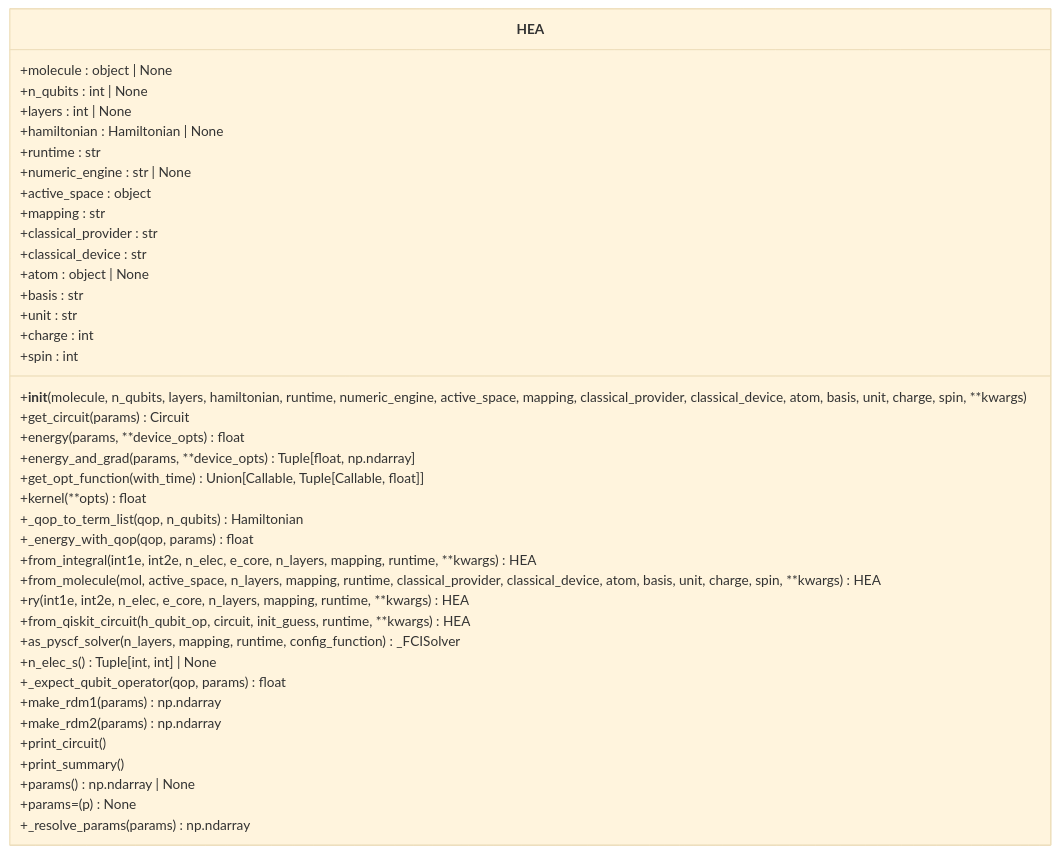
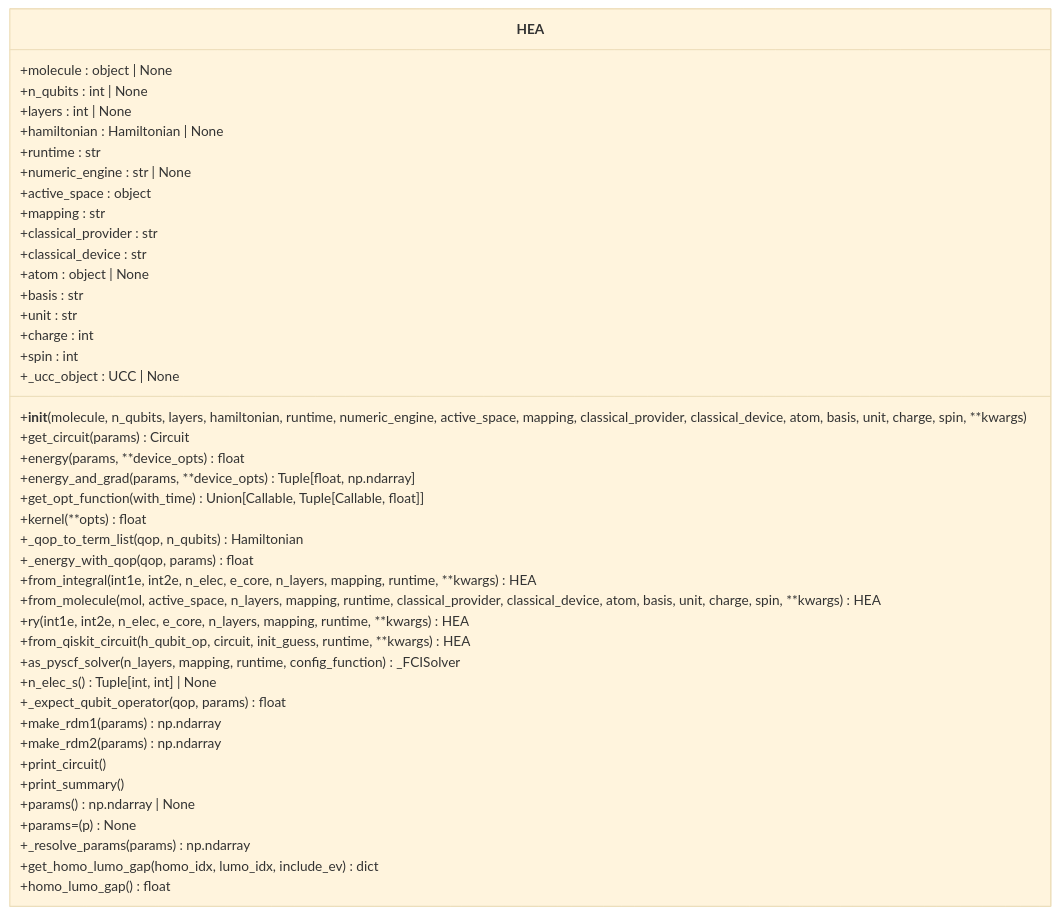
The fourth of 9 diagrams in .qoder/repowiki/en/content/Examples and Tutorials/Quantum Chemistry Examples/UCCSD and HEA Algorithm Examples.md (QureGenAI-Biotech/TyxonQ), drawn with Mermaid (base theme) before and after one commit. The commit also changed other lines of this file and 76 other files, not shown here.

````diff
--- a/.qoder/repowiki/en/content/Examples and Tutorials/Quantum Chemistry Examples/UCCSD and HEA Algorithm Examples.md
+++ b/.qoder/repowiki/en/content/Examples and Tutorials/Quantum Chemistry Examples/UCCSD and HEA Algorithm Examples.md
@@ -193,42 +204,45 @@
 ```mermaid
 classDiagram
 class HEA {
 +molecule : object | None
 +n_qubits : int | None
 +layers : int | None
 +hamiltonian : Hamiltonian | None
 +runtime : str
 +numeric_engine : str | None
 +active_space : object
 +mapping : str
 +classical_provider : str
 +classical_device : str
 +atom : object | None
 +basis : str
 +unit : str
 +charge : int
 +spin : int
++_ucc_object : UCC | None
 +__init__(molecule, n_qubits, layers, hamiltonian, runtime, numeric_engine, active_space, mapping, classical_provider, classical_device, atom, basis, unit, charge, spin, **kwargs)
 +get_circuit(params) Circuit
 +energy(params, **device_opts) float
 +energy_and_grad(params, **device_opts) Tuple[float, np.ndarray]
 +get_opt_function(with_time) Union[Callable, Tuple[Callable, float]]
 +kernel(**opts) float
 +_qop_to_term_list(qop, n_qubits) Hamiltonian
 +_energy_with_qop(qop, params) float
 +from_integral(int1e, int2e, n_elec, e_core, n_layers, mapping, runtime, **kwargs) HEA
 +from_molecule(mol, active_space, n_layers, mapping, runtime, classical_provider, classical_device, atom, basis, unit, charge, spin, **kwargs) HEA
 +ry(int1e, int2e, n_elec, e_core, n_layers, mapping, runtime, **kwargs) HEA
 +from_qiskit_circuit(h_qubit_op, circuit, init_guess, runtime, **kwargs) HEA
 +as_pyscf_solver(n_layers, mapping, runtime, config_function) _FCISolver
 +n_elec_s() Tuple[int, int] | None
 +_expect_qubit_operator(qop, params) float
 +make_rdm1(params) np.ndarray
 +make_rdm2(params) np.ndarray
 +print_circuit()
 +print_summary()
 +params() np.ndarray | None
 +params=(p) None
 +_resolve_params(params) np.ndarray
++get_homo_lumo_gap(homo_idx, lumo_idx, include_ev) dict
++homo_lumo_gap() float
 }
 ```
````
